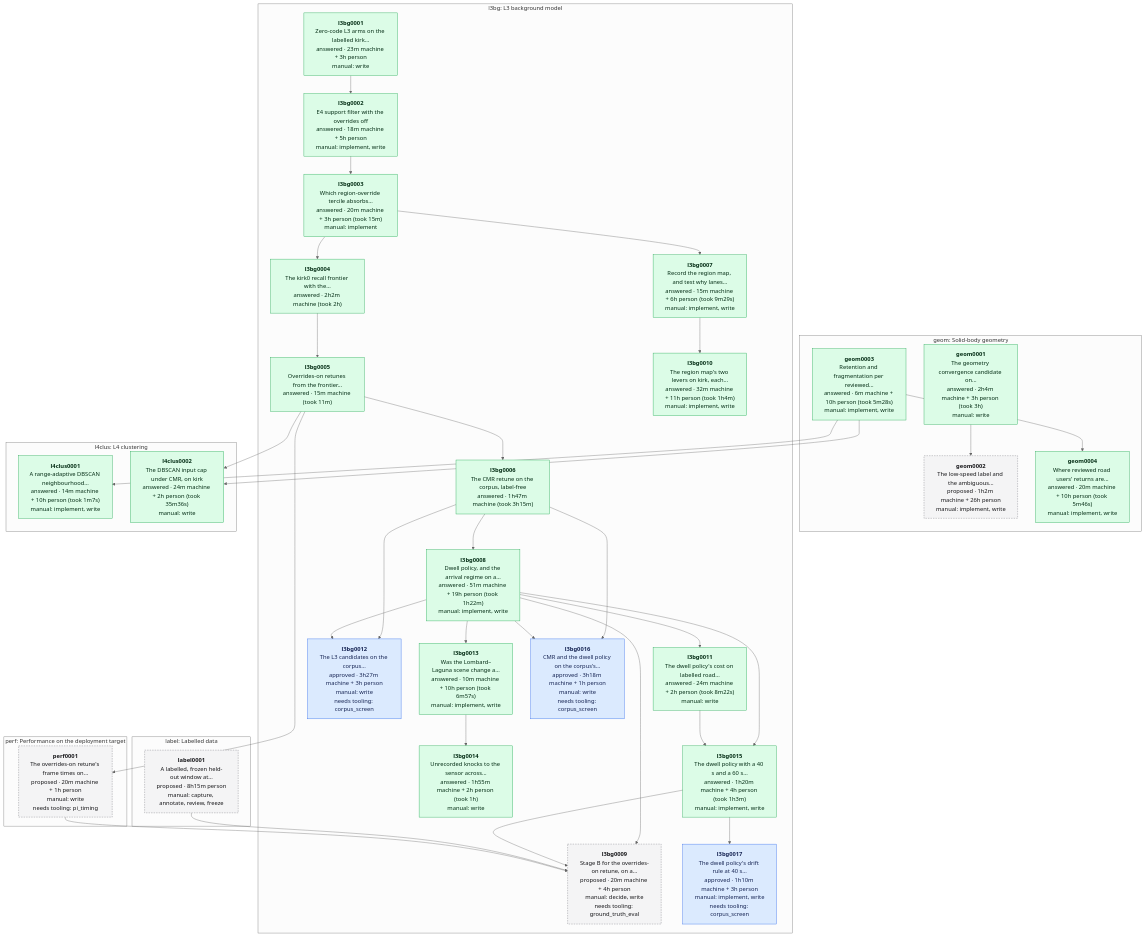
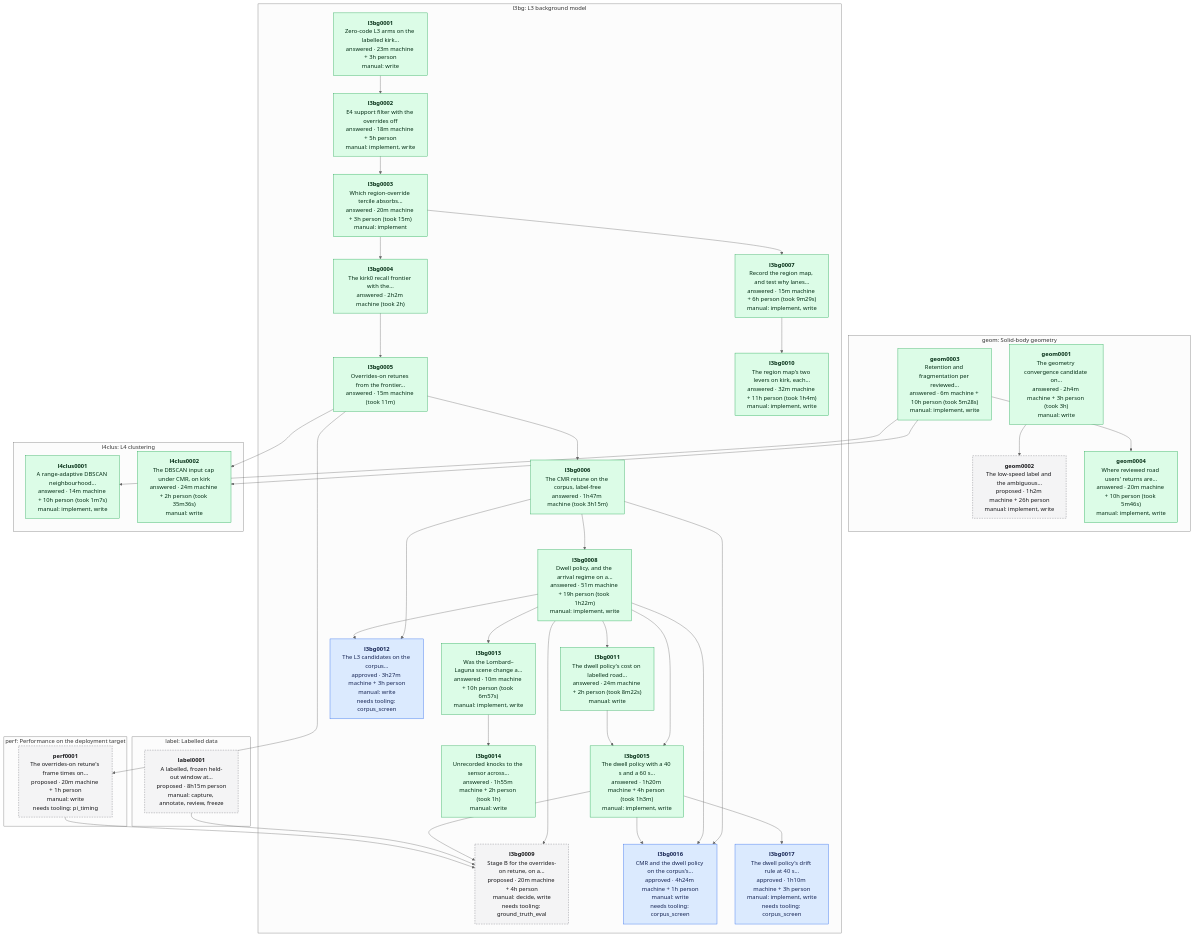
The diagram in data/experiments/DEPENDENCIES.md (banshee-data/velocity.report), drawn with Mermaid (neutral theme) before and after one commit. The commit also changed other lines of this file and 1 other file, not shown here.

Commit message:
[ai][docs] l3bg0016 adds CMR with the dwell policy at 40 s, the clock l3bg0015 recommends for Stage B

````diff
--- a/data/experiments/DEPENDENCIES.md
+++ b/data/experiments/DEPENDENCIES.md
@@ -7,70 +7,71 @@
 ```mermaid
 flowchart TB
   classDef proposed fill:#f4f4f5,stroke:#71717a,stroke-dasharray:4 3,color:#18181b
   classDef approved fill:#dbeafe,stroke:#2563eb,color:#172554
   classDef answered fill:#dcfce7,stroke:#16a34a,color:#052e16
   classDef retired fill:#fafafa,stroke:#d4d4d8,color:#71717a
   subgraph area_geom ["geom: Solid-body geometry"]
     geom0001["<b>geom0001</b><br/>The geometry convergence candidate on…<br/>answered · 2h4m machine + 3h person (took 3h)<br/>manual: write"]:::answered
     geom0002["<b>geom0002</b><br/>The low-speed label and the ambiguous…<br/>proposed · 1h2m machine + 26h person<br/>manual: implement, write"]:::proposed
     geom0003["<b>geom0003</b><br/>Retention and fragmentation per reviewed…<br/>answered · 6m machine + 10h person (took 5m28s)<br/>manual: implement, write"]:::answered
     geom0004["<b>geom0004</b><br/>Where reviewed road users' returns are…<br/>answered · 20m machine + 10h person (took 5m46s)<br/>manual: implement, write"]:::answered
   end
   subgraph area_l3bg ["l3bg: L3 background model"]
     l3bg0001["<b>l3bg0001</b><br/>Zero-code L3 arms on the labelled kirk…<br/>answered · 23m machine + 3h person<br/>manual: write"]:::answered
     l3bg0002["<b>l3bg0002</b><br/>E4 support filter with the overrides off<br/>answered · 18m machine + 5h person<br/>manual: implement, write"]:::answered
     l3bg0003["<b>l3bg0003</b><br/>Which region-override tercile absorbs…<br/>answered · 20m machine + 3h person (took 15m)<br/>manual: implement"]:::answered
     l3bg0004["<b>l3bg0004</b><br/>The kirk0 recall frontier with the…<br/>answered · 2h2m machine (took 2h)"]:::answered
     l3bg0005["<b>l3bg0005</b><br/>Overrides-on retunes from the frontier…<br/>answered · 15m machine (took 11m)"]:::answered
     l3bg0006["<b>l3bg0006</b><br/>The CMR retune on the corpus, label-free<br/>answered · 1h47m machine (took 3h15m)"]:::answered
     l3bg0007["<b>l3bg0007</b><br/>Record the region map, and test why lanes…<br/>answered · 15m machine + 6h person (took 9m29s)<br/>manual: implement, write"]:::answered
     l3bg0008["<b>l3bg0008</b><br/>Dwell policy, and the arrival regime on a…<br/>answered · 51m machine + 19h person (took 1h22m)<br/>manual: implement, write"]:::answered
     l3bg0009["<b>l3bg0009</b><br/>Stage B for the overrides-on retune, on a…<br/>proposed · 20m machine + 4h person<br/>manual: decide, write<br/>needs tooling: ground_truth_eval"]:::proposed
     l3bg0010["<b>l3bg0010</b><br/>The region map's two levers on kirk, each…<br/>answered · 32m machine + 11h person (took 1h4m)<br/>manual: implement, write"]:::answered
     l3bg0011["<b>l3bg0011</b><br/>The dwell policy's cost on labelled road…<br/>answered · 24m machine + 2h person (took 8m22s)<br/>manual: write"]:::answered
     l3bg0012["<b>l3bg0012</b><br/>The L3 candidates on the corpus…<br/>approved · 3h27m machine + 3h person<br/>manual: write<br/>needs tooling: corpus_screen"]:::approved
     l3bg0013["<b>l3bg0013</b><br/>Was the Lombard–Laguna scene change a…<br/>answered · 10m machine + 10h person (took 6m57s)<br/>manual: implement, write"]:::answered
     l3bg0014["<b>l3bg0014</b><br/>Unrecorded knocks to the sensor across…<br/>answered · 1h55m machine + 2h person (took 1h)<br/>manual: write"]:::answered
     l3bg0015["<b>l3bg0015</b><br/>The dwell policy with a 40 s and a 60 s…<br/>answered · 1h20m machine + 4h person (took 1h3m)<br/>manual: implement, write"]:::answered
-    l3bg0016["<b>l3bg0016</b><br/>CMR and the dwell policy on the corpus's…<br/>approved · 3h18m machine + 1h person<br/>manual: write<br/>needs tooling: corpus_screen"]:::approved
+    l3bg0016["<b>l3bg0016</b><br/>CMR and the dwell policy on the corpus's…<br/>approved · 4h24m machine + 1h person<br/>manual: write<br/>needs tooling: corpus_screen"]:::approved
     l3bg0017["<b>l3bg0017</b><br/>The dwell policy's drift rule at 40 s…<br/>approved · 1h10m machine + 3h person<br/>manual: implement, write<br/>needs tooling: corpus_screen"]:::approved
   end
   subgraph area_l4clus ["l4clus: L4 clustering"]
     l4clus0001["<b>l4clus0001</b><br/>A range-adaptive DBSCAN neighbourhood…<br/>answered · 14m machine + 10h person (took 1m7s)<br/>manual: implement, write"]:::answered
     l4clus0002["<b>l4clus0002</b><br/>The DBSCAN input cap under CMR, on kirk<br/>answered · 24m machine + 2h person (took 35m36s)<br/>manual: write"]:::answered
   end
   subgraph area_label ["label: Labelled data"]
     label0001["<b>label0001</b><br/>A labelled, frozen held-out window at…<br/>proposed · 8h15m person<br/>manual: capture, annotate, review, freeze"]:::proposed
   end
   subgraph area_perf ["perf: Performance on the deployment target"]
     perf0001["<b>perf0001</b><br/>The overrides-on retune's frame times on…<br/>proposed · 20m machine + 1h person<br/>manual: write<br/>needs tooling: pi_timing"]:::proposed
   end
   geom0001 --> geom0002
   geom0003 --> geom0004
   l3bg0001 --> l3bg0002
   l3bg0002 --> l3bg0003
   l3bg0003 --> l3bg0004
   l3bg0004 --> l3bg0005
   l3bg0005 --> l3bg0006
   l3bg0003 --> l3bg0007
   l3bg0006 --> l3bg0008
   l3bg0008 --> l3bg0009
   l3bg0015 --> l3bg0009
   label0001 --> l3bg0009
   perf0001 --> l3bg0009
   l3bg0007 --> l3bg0010
   l3bg0008 --> l3bg0011
   l3bg0006 --> l3bg0012
   l3bg0008 --> l3bg0012
   l3bg0008 --> l3bg0013
   l3bg0013 --> l3bg0014
   l3bg0008 --> l3bg0015
   l3bg0011 --> l3bg0015
   l3bg0006 --> l3bg0016
   l3bg0008 --> l3bg0016
+  l3bg0015 --> l3bg0016
   l3bg0015 --> l3bg0017
   geom0003 --> l4clus0001
   geom0003 --> l4clus0002
   l3bg0005 --> l4clus0002
   l3bg0005 --> perf0001
 ```
````
